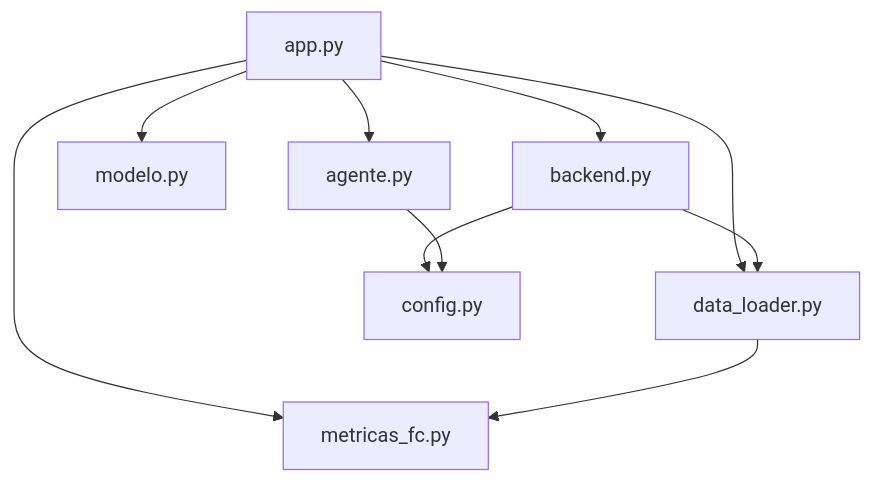
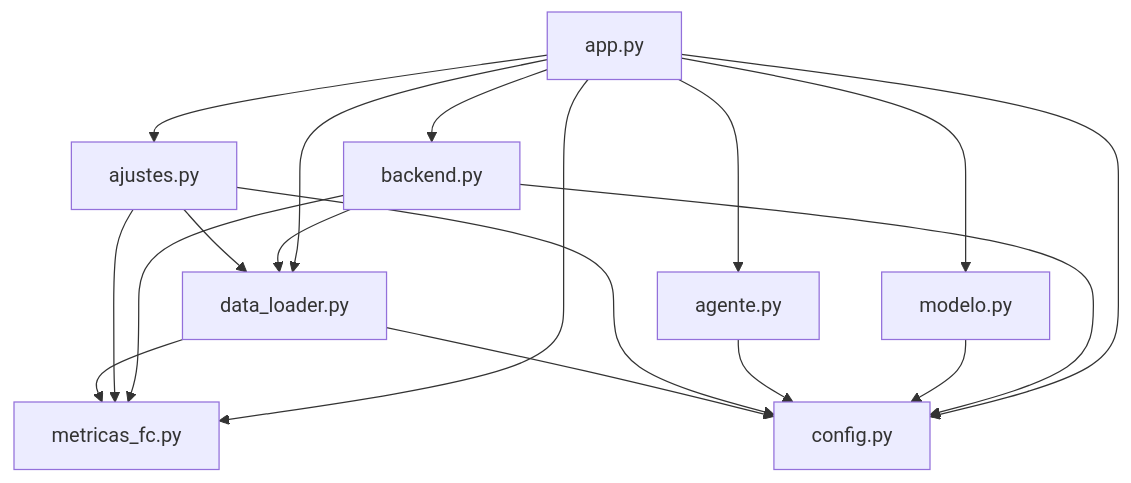
Before and after one commit to arieljmnz11/athletix: the diagram in README.md, drawn with Mermaid. The commit also changed other lines of this file and 2 other files, not shown here.

````diff
--- a/README.md
+++ b/README.md
@@ -38,12 +44,20 @@
 ```mermaid
 graph TD
     app[app.py] --> backend[backend.py]
     app --> modelo[modelo.py]
     app --> agente[agente.py]
     app --> loader[data_loader.py]
     app --> metricas[metricas_fc.py]
+    app --> ajustes[ajustes.py]
+    app --> config[config.py]
     backend --> loader
-    backend --> config[config.py]
+    backend --> metricas
+    backend --> config
+    modelo --> config
     agente --> config
+    ajustes --> loader
+    ajustes --> metricas
+    ajustes --> config
     loader --> metricas
+    loader --> config
 ```
````
